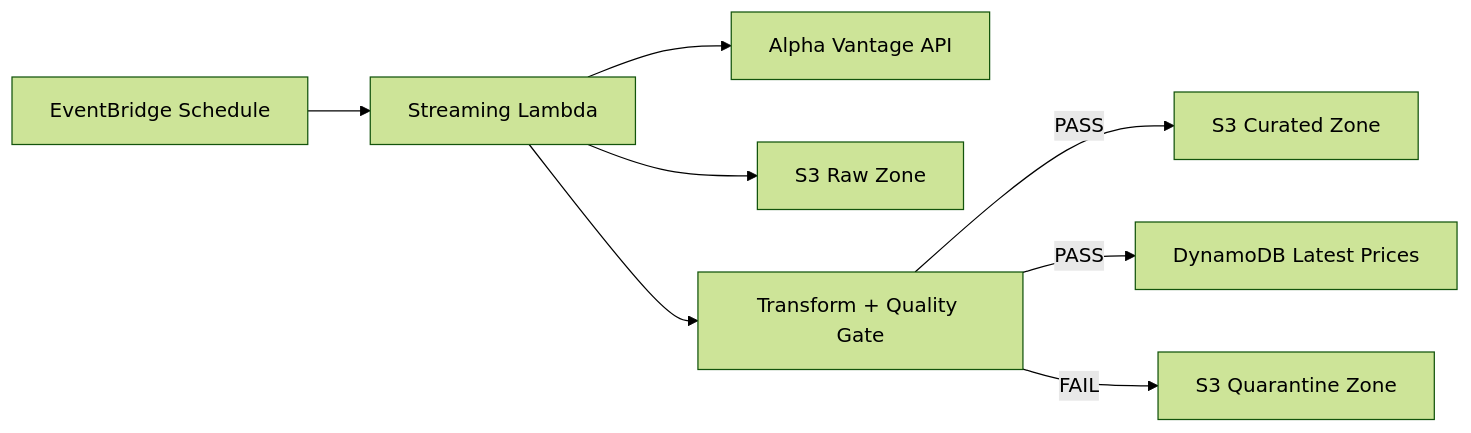
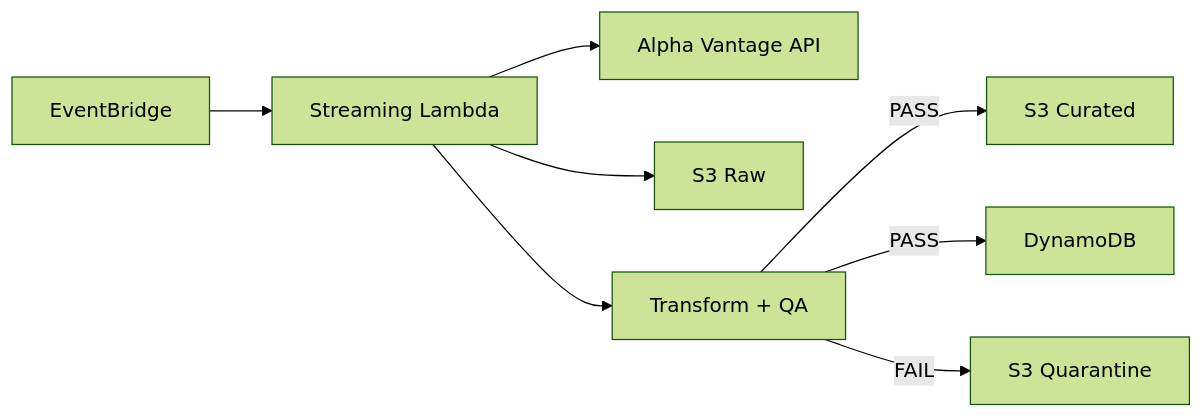
The first of 2 diagrams in README.md (hsjoi0214/market-data-platform), drawn with Mermaid (forest theme) before and after one commit. The commit also changed other lines of this file, not shown here.

Commit message:
docs(readme): shorten mermaid diagram labels

````diff
--- a/README.md
+++ b/README.md
@@ -61,10 +61,10 @@
 ```mermaid
 flowchart LR
-    A["EventBridge Schedule"] --> B["Streaming Lambda"]
+    A["EventBridge"] --> B["Streaming Lambda"]
     B --> C["Alpha Vantage API"]
-    B --> D["S3 Raw Zone"]
-    B --> E["Transform + Quality Gate"]
-    E -->|PASS| F["S3 Curated Zone"]
-    E -->|PASS| G["DynamoDB Latest Prices"]
-    E -->|FAIL| H["S3 Quarantine Zone"]
+    B --> D["S3 Raw"]
+    B --> E["Transform + QA"]
+    E -->|PASS| F["S3 Curated"]
+    E -->|PASS| G["DynamoDB"]
+    E -->|FAIL| H["S3 Quarantine"]
 ```
````
